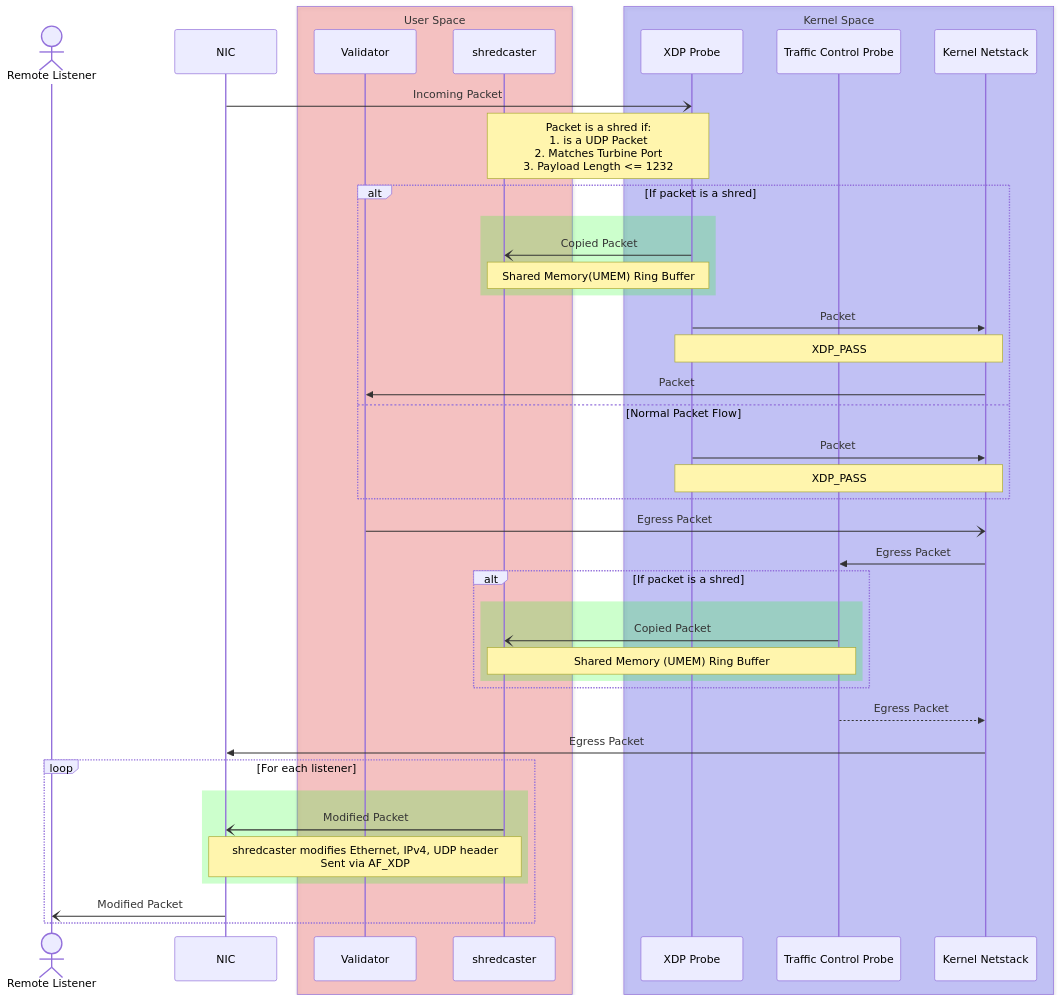
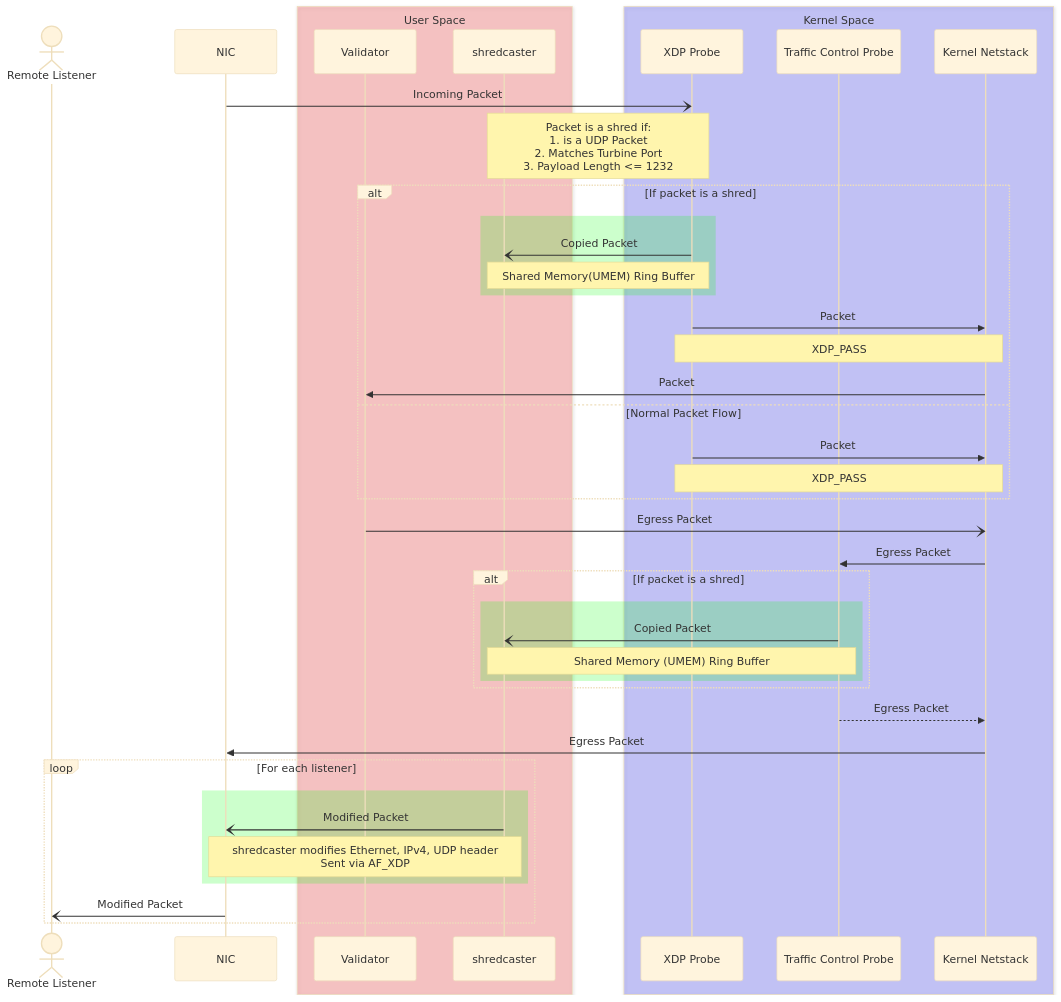
Before and after one commit to nuel77/shredcaster: the diagram in README.md, drawn with Mermaid.

````diff
--- a/README.md
+++ b/README.md
@@ -18,50 +18,50 @@
 ```mermaid
-%%{init: {"themeVariables": {"background": "#ffffff"}}}%%
+%%{init: {"theme": "base"}}%%
 sequenceDiagram
     actor RL as Remote Listener
     participant NIC
 
     box rgba(255, 0, 0, 0.2) User Space
     participant V as Validator
     participant SC as shredcaster
     end
     box rgba(0, 0, 255, 0.2) Kernel Space
     participant XP as XDP Probe
     participant TC as Traffic Control Probe
     participant KN as Kernel Netstack
     end
 
     NIC -) XP: Incoming Packet
     Note over SC,XP: Packet is a shred if:<br>1. is a UDP Packet<br>2. Matches Turbine Port<br>3. Payload Length <= 1232
     alt If packet is a shred
         rect rgba(0, 255, 0, 0.2)
         XP -) SC: Copied Packet
         Note over XP,SC: Shared Memory(UMEM) Ring Buffer
         end
         XP ->> KN: Packet
         Note over XP,KN: XDP_PASS
         KN ->> V: Packet
     else Normal Packet Flow
         XP ->> KN: Packet
         Note over XP,KN: XDP_PASS
     end
 
     V -) KN: Egress Packet
     KN ->> TC: Egress Packet
     alt If packet is a shred
         rect rgba(0, 255, 0, 0.2)
         TC -) SC: Copied Packet
         Note Over TC,SC: Shared Memory (UMEM) Ring Buffer
         end
     end
     TC -->> KN: Egress Packet
     KN ->> NIC: Egress Packet
 
     loop For each listener
         rect rgba(0, 255, 0, 0.2)
         SC -) NIC: Modified Packet
         Note over SC, NIC: shredcaster modifies Ethernet, IPv4, UDP header<br> Sent via AF_XDP
         end
         NIC -) RL: Modified Packet
     end
 ```
````
